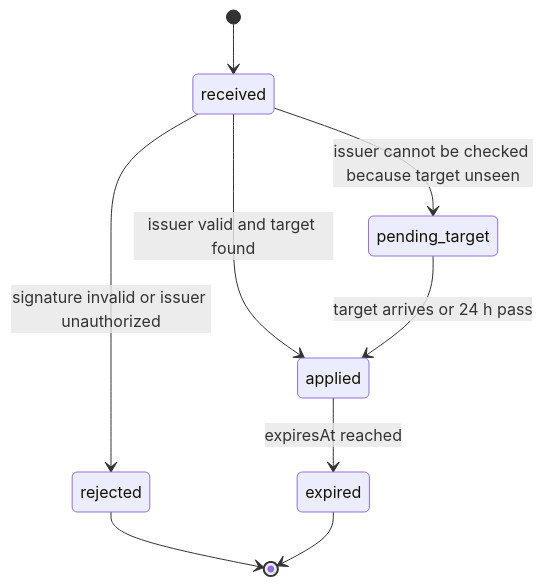
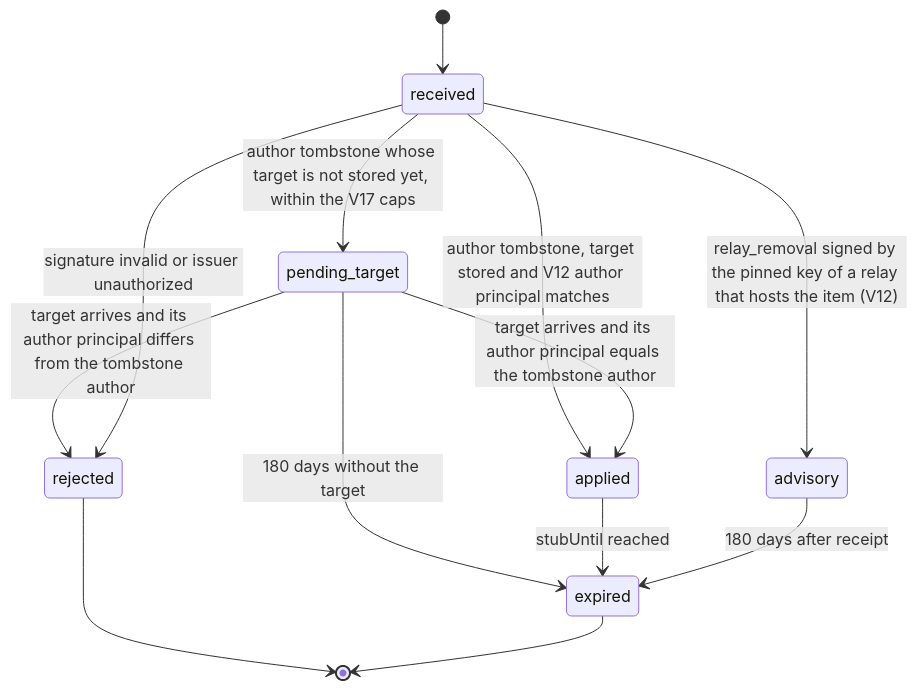
Before and after one commit to djshellshoxxx/CLASSifiedisRUPTed: the second of 2 diagrams in 11_Federation/01_protocol/mod_records/workflow_state_machine.md, drawn with Mermaid. The commit also changed other lines of this file and 343 other files, not shown here.

````diff
--- a/11_Federation/01_protocol/mod_records/workflow_state_machine.md
+++ b/11_Federation/01_protocol/mod_records/workflow_state_machine.md
@@ -64,11 +90,15 @@
 ```mermaid
 stateDiagram-v2
   [*] --> received
-  received --> applied: issuer valid and target found
-  received --> pending_target: issuer cannot be checked because target unseen
-  pending_target --> applied: target arrives or 24 h pass
+  received --> applied: author tombstone, target stored and V12 author principal matches
+  received --> pending_target: author tombstone whose target is not stored yet, within the V17 caps
+  pending_target --> applied: target arrives and its author principal equals the tombstone author
+  pending_target --> rejected: target arrives and its author principal differs from the tombstone author
+  pending_target --> expired: 180 days without the target
+  received --> advisory: relay_removal signed by the pinned key of a relay that hosts the item (V12)
   received --> rejected: signature invalid or issuer unauthorized
-  applied --> expired: expiresAt reached
+  applied --> expired: stubUntil reached
+  advisory --> expired: 180 days after receipt
   rejected --> [*]
   expired --> [*]
 ```
````
